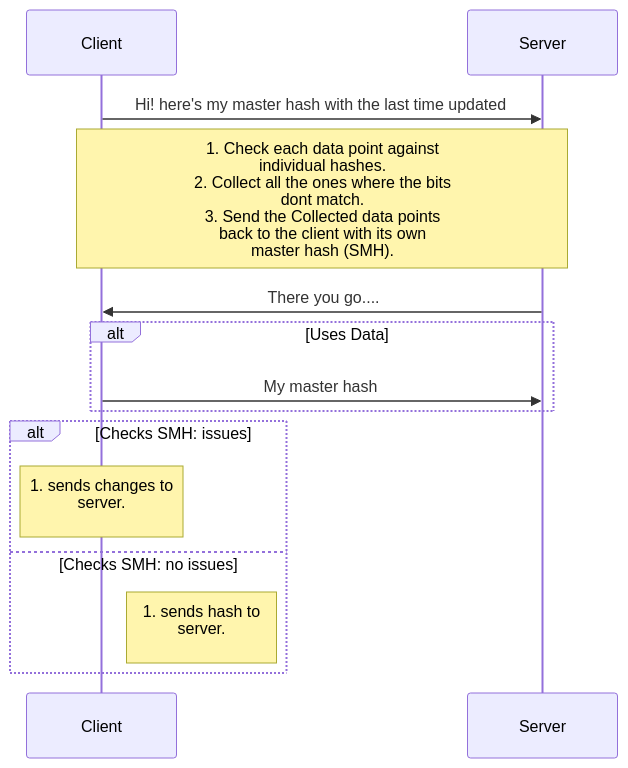
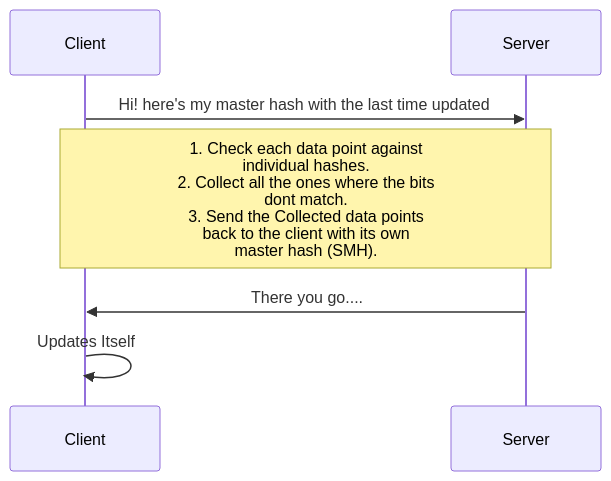
Before and after one commit to trshant-sugoi/stackedit: the first of 2 diagrams in drafts/2019-02-05-bloom-filter.md, drawn with Mermaid. The commit also changed other lines of this file, not shown here.

Commit message:
drafts/2019-02-05-bloom-filter.md updated from https://stackedit.io/

````diff
--- a/drafts/2019-02-05-bloom-filter.md
+++ b/drafts/2019-02-05-bloom-filter.md
@@ -15,19 +15,9 @@
 ```mermaid
 sequenceDiagram
 Client ->> Server: Hi! here's my master hash with the last time updated
 
 Note over Server,Client: 1. Check each data point against <br/>individual hashes.<br/>2. Collect all the ones where the bits<br/> dont match.<br/>3. Send the Collected data points <br/>back to the client with its own<br/> master hash (SMH).
 
 Server ->> Client: There you go....
-alt Uses Data
-	Client ->> Server : My master hash
-end	
-
-alt Checks SMH: issues
-        Note over Client:1. sends changes to<br/> server.<br/>  
-else Checks SMH: no issues
-        Note right of Client:1. sends hash to<br/> server.<br/>
-end
-
-
+Client ->> Client : Updates Itself
 ```
````
